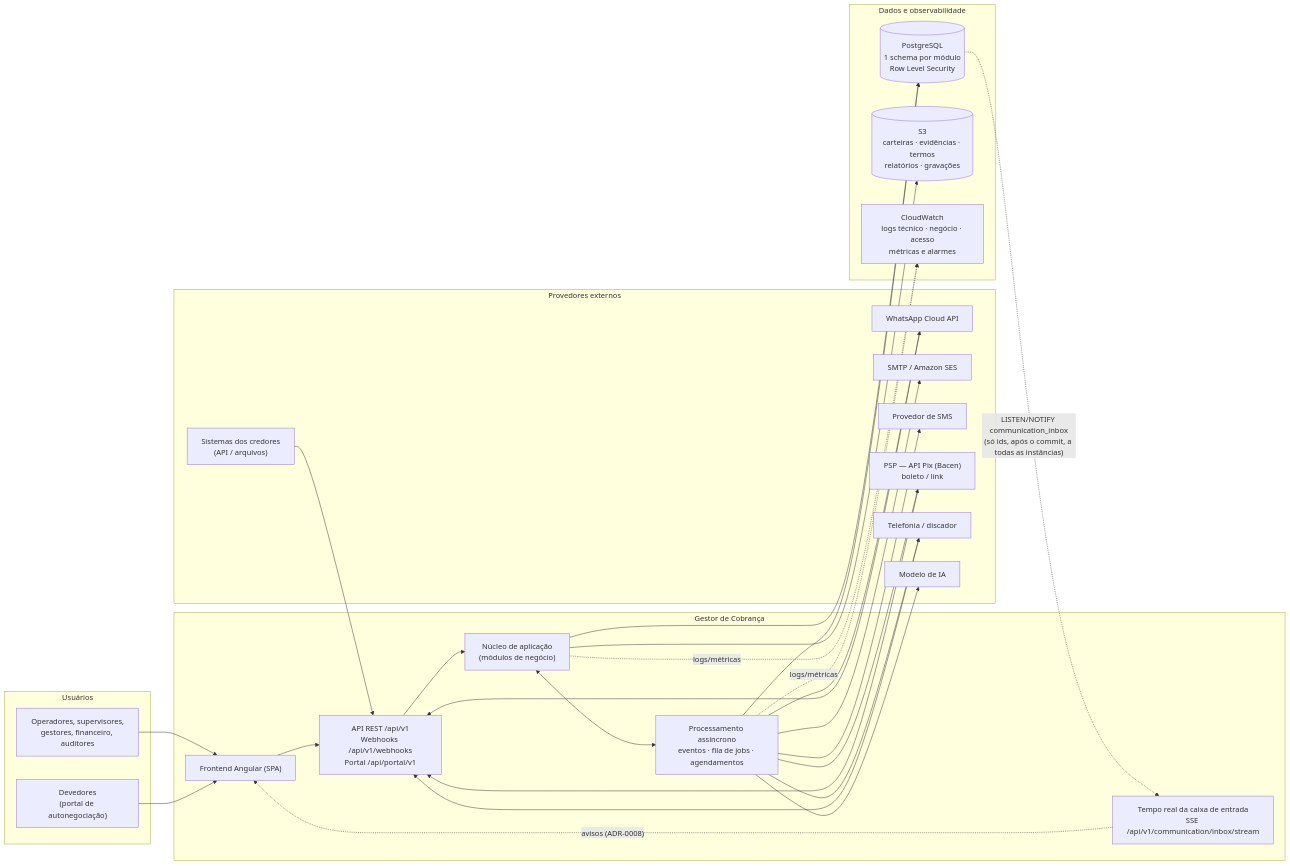
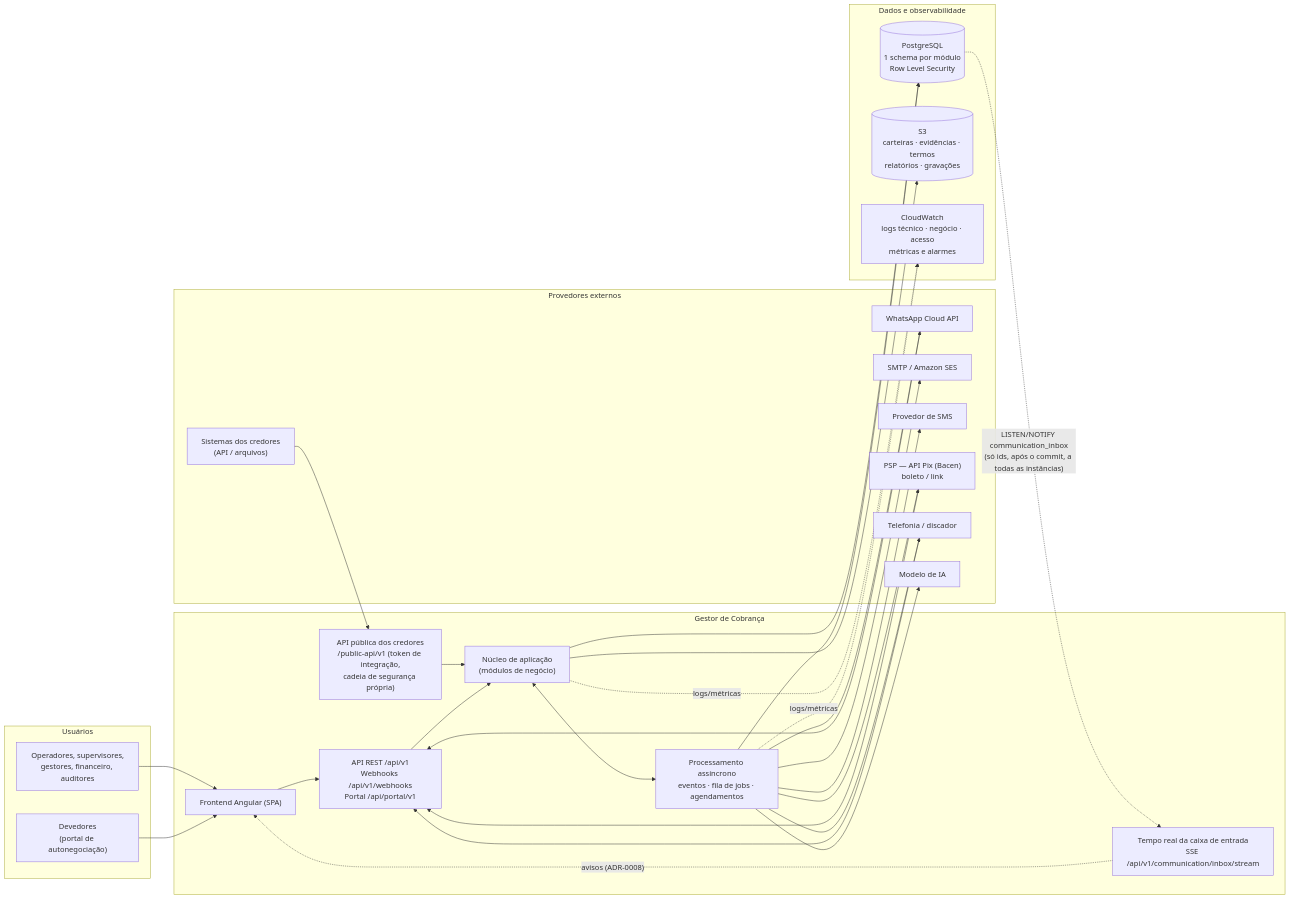
The first of 6 diagrams in docs/arquitetura/topologia-logica.md (marcoskapp/gestor_cobranca), drawn with Mermaid before and after one commit. The commit also changed 12 other files, not shown here.

First line of the commit message:
Documenta a API pública: desenho, negócio, publicação, decisões 600–620

````diff
--- a/docs/arquitetura/topologia-logica.md
+++ b/docs/arquitetura/topologia-logica.md
@@ -7,46 +7,47 @@
 ```mermaid
 flowchart LR
     subgraph Usuarios["Usuários"]
         OP["Operadores, supervisores,<br/>gestores, financeiro, auditores"]
         DEV["Devedores<br/>(portal de autonegociação)"]
     end
 
     subgraph Externos["Provedores externos"]
         WA["WhatsApp Cloud API"]
         MAIL["SMTP / Amazon SES"]
         SMS["Provedor de SMS"]
         PSP["PSP — API Pix (Bacen)<br/>boleto / link"]
         CTI["Telefonia / discador"]
         IA["Modelo de IA"]
         CRED["Sistemas dos credores<br/>(API / arquivos)"]
     end
 
     subgraph Plataforma["Gestor de Cobrança"]
         SPA["Frontend Angular (SPA)"]
         API["API REST /api/v1<br/>Webhooks /api/v1/webhooks<br/>Portal /api/portal/v1"]
+        PUB["API pública dos credores<br/>/public-api/v1 (token de integração,<br/>cadeia de segurança própria)"]
         SSE["Tempo real da caixa de entrada<br/>SSE /api/v1/communication/inbox/stream"]
         CORE["Núcleo de aplicação<br/>(módulos de negócio)"]
         JOBS["Processamento assíncrono<br/>eventos · fila de jobs · agendamentos"]
     end
 
     subgraph Dados["Dados e observabilidade"]
         PG[("PostgreSQL<br/>1 schema por módulo<br/>Row Level Security")]
         S3[("S3<br/>carteiras · evidências · termos<br/>relatórios · gravações")]
         CW["CloudWatch<br/>logs técnico · negócio · acesso<br/>métricas e alarmes"]
     end
 
     OP --> SPA --> API
     DEV --> SPA
-    CRED --> API
+    CRED --> PUB --> CORE
     WA & PSP & CTI --> API
     API --> CORE
     CORE <--> JOBS
     CORE --> PG
     JOBS --> PG
     CORE --> S3
     JOBS --> WA & MAIL & SMS & PSP & CTI & IA
     CORE -. logs/métricas .-> CW
     JOBS -. logs/métricas .-> CW
     PG -. "LISTEN/NOTIFY communication_inbox<br/>(só ids, após o commit, a todas as instâncias)" .-> SSE
     SSE -. "avisos (ADR-0008)" .-> SPA
 ```
````
